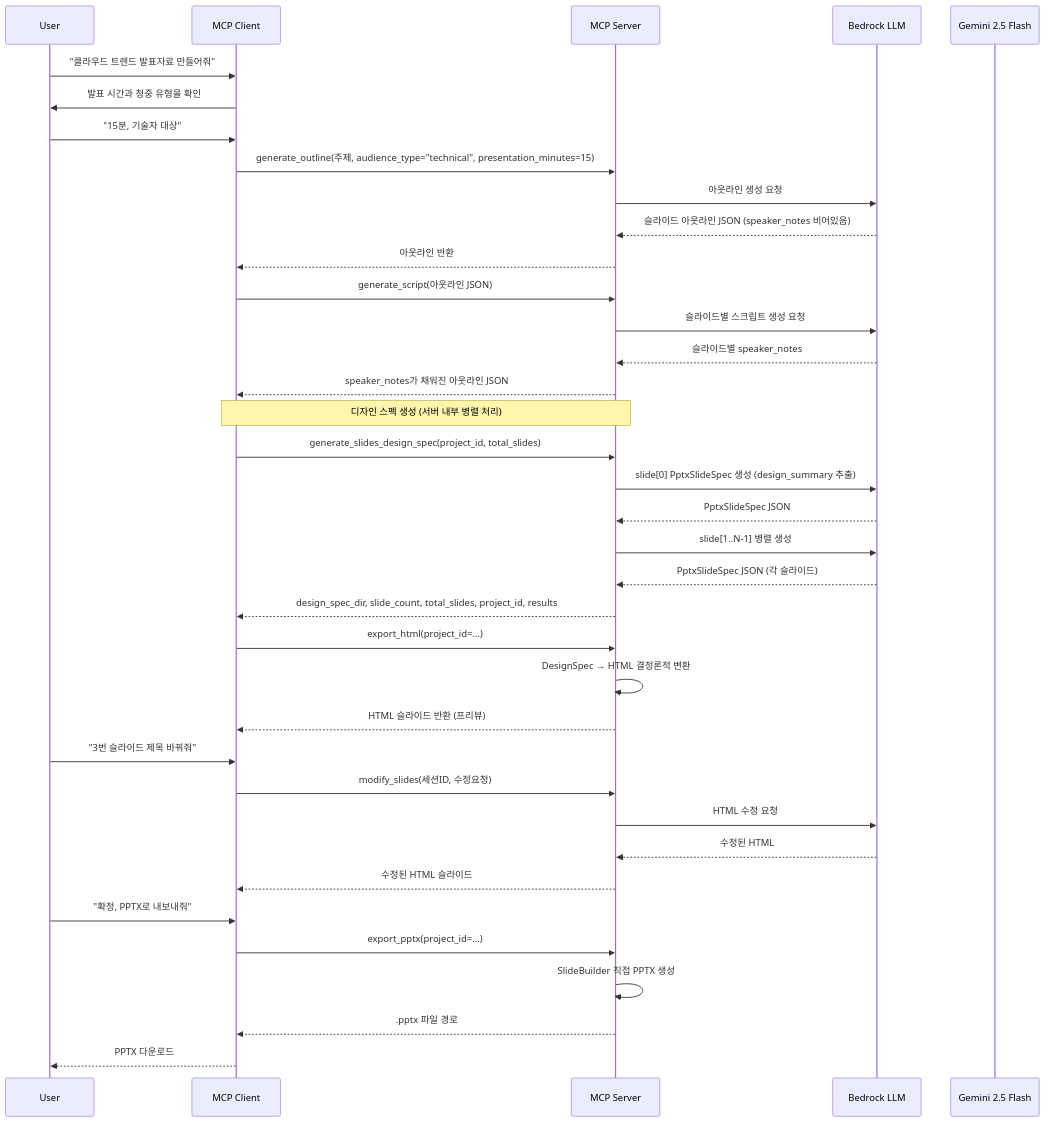
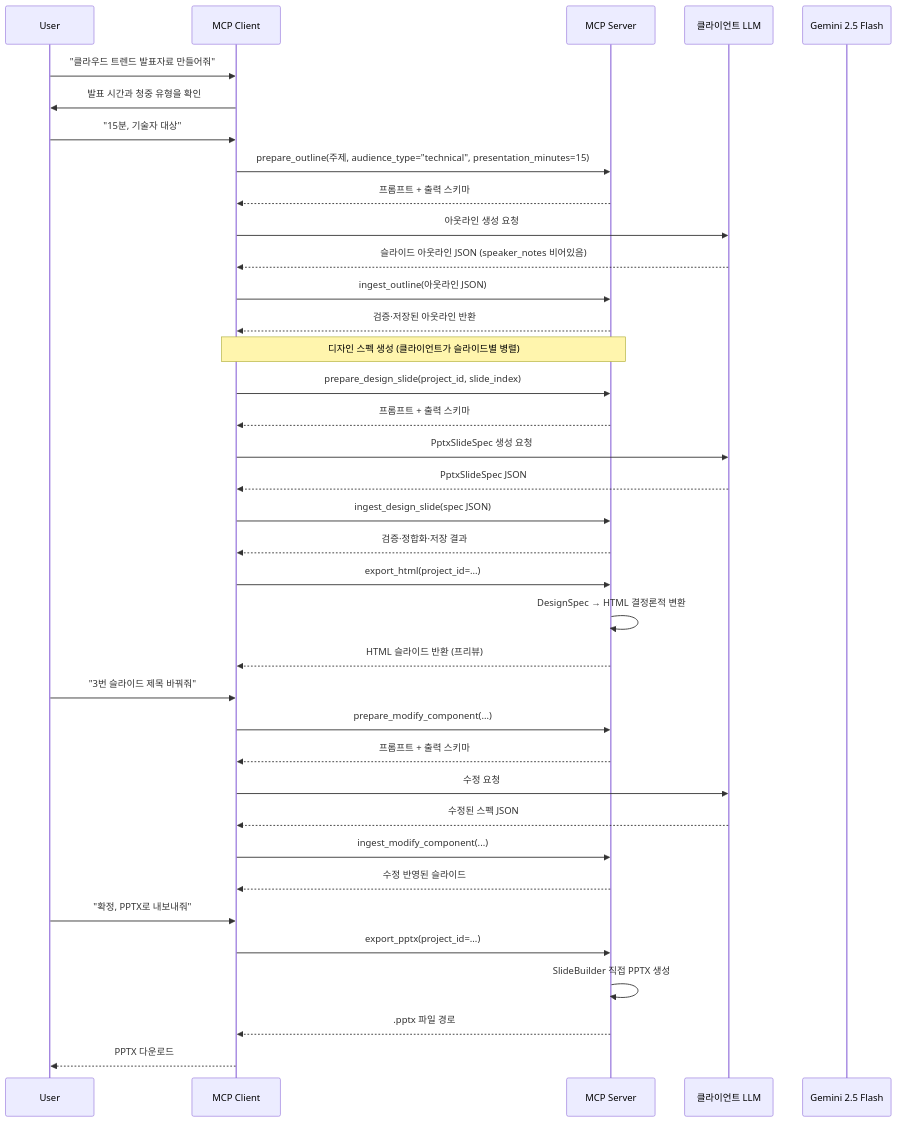
One commit to haandol/ppt-generator changed the third of 3 diagrams in docs/ppt-generator.alps.md. Above: the diagram before and after it, drawn with Mermaid. The commit also changed other lines of this file and 22 other files, not shown here.

First line of the commit message:
docs: Bedrock 표현 제거 + 오프로딩 이후 ADR·docstring 정합화

````diff
--- a/docs/ppt-generator.alps.md
+++ b/docs/ppt-generator.alps.md
@@ -167,45 +167,44 @@
 ```mermaid
 sequenceDiagram
     participant User
     participant MCPClient as MCP Client
     participant MCPServer as MCP Server
-    participant Bedrock as Bedrock LLM
+    participant LLM as 클라이언트 LLM
     participant Gemini as Gemini 2.5 Flash
 
     User->>MCPClient: "클라우드 트렌드 발표자료 만들어줘"
     MCPClient->>User: 발표 시간과 청중 유형을 확인
     User->>MCPClient: "15분, 기술자 대상"
-    MCPClient->>MCPServer: generate_outline(주제, audience_type="technical", presentation_minutes=15)
-    MCPServer->>Bedrock: 아웃라인 생성 요청
-    Bedrock-->>MCPServer: 슬라이드 아웃라인 JSON (speaker_notes 비어있음)
-    MCPServer-->>MCPClient: 아웃라인 반환
+    MCPClient->>MCPServer: prepare_outline(주제, audience_type="technical", presentation_minutes=15)
+    MCPServer-->>MCPClient: 프롬프트 + 출력 스키마
+    MCPClient->>LLM: 아웃라인 생성 요청
+    LLM-->>MCPClient: 슬라이드 아웃라인 JSON (speaker_notes 비어있음)
+    MCPClient->>MCPServer: ingest_outline(아웃라인 JSON)
+    MCPServer-->>MCPClient: 검증·저장된 아웃라인 반환
 
-    MCPClient->>MCPServer: generate_script(아웃라인 JSON)
-    MCPServer->>Bedrock: 슬라이드별 스크립트 생성 요청
-    Bedrock-->>MCPServer: 슬라이드별 speaker_notes
-    MCPServer-->>MCPClient: speaker_notes가 채워진 아웃라인 JSON
-
-    Note over MCPClient,MCPServer: 디자인 스펙 생성 (서버 내부 병렬 처리)
-    MCPClient->>MCPServer: generate_slides_design_spec(project_id, total_slides)
-    MCPServer->>Bedrock: slide[0] PptxSlideSpec 생성 (design_summary 추출)
-    Bedrock-->>MCPServer: PptxSlideSpec JSON
-    MCPServer->>Bedrock: slide[1..N-1] 병렬 생성
-    Bedrock-->>MCPServer: PptxSlideSpec JSON (각 슬라이드)
-    MCPServer-->>MCPClient: design_spec_dir, slide_count, total_slides, project_id, results
+    Note over MCPClient,MCPServer: 디자인 스펙 생성 (클라이언트가 슬라이드별 병렬)
+    MCPClient->>MCPServer: prepare_design_slide(project_id, slide_index)
+    MCPServer-->>MCPClient: 프롬프트 + 출력 스키마
+    MCPClient->>LLM: PptxSlideSpec 생성 요청
+    LLM-->>MCPClient: PptxSlideSpec JSON
+    MCPClient->>MCPServer: ingest_design_slide(spec JSON)
+    MCPServer-->>MCPClient: 검증·정합화·저장 결과
 
     MCPClient->>MCPServer: export_html(project_id=...)
     MCPServer->>MCPServer: DesignSpec → HTML 결정론적 변환
     MCPServer-->>MCPClient: HTML 슬라이드 반환 (프리뷰)
 
     User->>MCPClient: "3번 슬라이드 제목 바꿔줘"
-    MCPClient->>MCPServer: modify_slides(세션ID, 수정요청)
-    MCPServer->>Bedrock: HTML 수정 요청
-    Bedrock-->>MCPServer: 수정된 HTML
-    MCPServer-->>MCPClient: 수정된 HTML 슬라이드
+    MCPClient->>MCPServer: prepare_modify_component(...)
+    MCPServer-->>MCPClient: 프롬프트 + 출력 스키마
+    MCPClient->>LLM: 수정 요청
+    LLM-->>MCPClient: 수정된 스펙 JSON
+    MCPClient->>MCPServer: ingest_modify_component(...)
+    MCPServer-->>MCPClient: 수정 반영된 슬라이드
 
     User->>MCPClient: "확정, PPTX로 내보내줘"
     MCPClient->>MCPServer: export_pptx(project_id=...)
     MCPServer->>MCPServer: SlideBuilder 직접 PPTX 생성
     MCPServer-->>MCPClient: .pptx 파일 경로
     MCPClient-->>User: PPTX 다운로드
 ```
````
